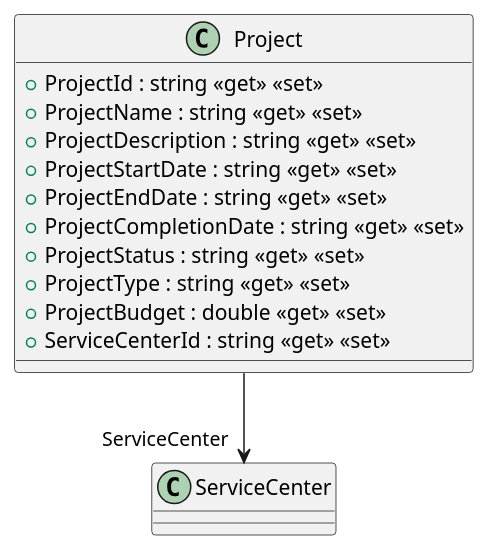
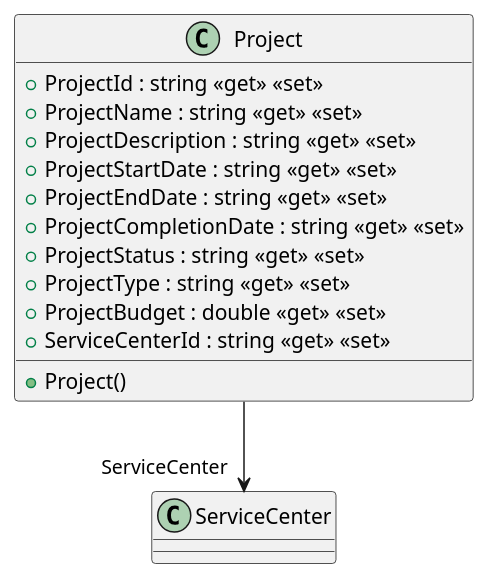
Before and after one commit to timothxy/ICT2106_P3_Project: the diagram in YouthActionDotNet/UML/Models/Project.puml, drawn with PlantUML. The commit also changed 18 other files, not shown here.

```diff
--- a/YouthActionDotNet/UML/Models/Project.puml
+++ b/YouthActionDotNet/UML/Models/Project.puml
@@ -1,15 +1,16 @@
 @startuml
 class Project {
+    + Project()
     + ProjectId : string <<get>> <<set>>
     + ProjectName : string <<get>> <<set>>
     + ProjectDescription : string <<get>> <<set>>
     + ProjectStartDate : string <<get>> <<set>>
     + ProjectEndDate : string <<get>> <<set>>
     + ProjectCompletionDate : string <<get>> <<set>>
     + ProjectStatus : string <<get>> <<set>>
     + ProjectType : string <<get>> <<set>>
     + ProjectBudget : double <<get>> <<set>>
     + ServiceCenterId : string <<get>> <<set>>
 }
 Project --> "ServiceCenter" ServiceCenter
 @enduml
```
